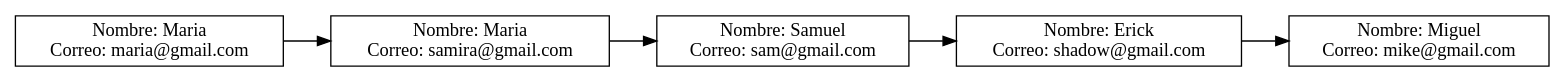
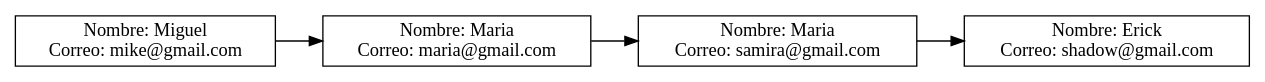
Before and after one commit to Kevin-alvarez1/PROYECTO_MULTIFASES_RED_SOCIAL: the diagram in Fase1/output/usuarios.dot, drawn with Graphviz. The commit also changed 18 other files, not shown here.

```diff
--- a/Fase1/output/usuarios.dot
+++ b/Fase1/output/usuarios.dot
@@ -1,13 +1,11 @@
 digraph G {
 node [shape=record];
 rankdir=LR;
-node0 [label="{Nombre: Maria\nCorreo: maria@gmail.com}"];
+node0 [label="{Nombre: Miguel\nCorreo: mike@gmail.com}"];
 node0 -> node1;
-node1 [label="{Nombre: Maria\nCorreo: samira@gmail.com}"];
+node1 [label="{Nombre: Maria\nCorreo: maria@gmail.com}"];
 node1 -> node2;
-node2 [label="{Nombre: Samuel\nCorreo: sam@gmail.com}"];
+node2 [label="{Nombre: Maria\nCorreo: samira@gmail.com}"];
 node2 -> node3;
 node3 [label="{Nombre: Erick\nCorreo: shadow@gmail.com}"];
-node3 -> node4;
-node4 [label="{Nombre: Miguel\nCorreo: mike@gmail.com}"];
 }
```
